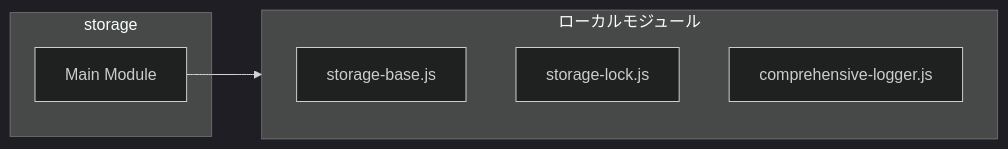
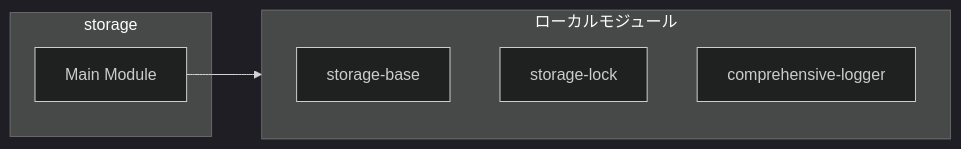
The second of 4 diagrams in ABDD/.pi/extensions/subagents/storage.md (Mekann2904/mekann), drawn with Mermaid (dark theme) before and after one commit. The commit also changed other lines of this file and 174 other files, not shown here.

First line of the commit message:
fix(docs): ABDDのMermaid図生成エラーを修正する

````diff
--- a/ABDD/.pi/extensions/subagents/storage.md
+++ b/ABDD/.pi/extensions/subagents/storage.md
@@ -76,12 +76,12 @@
 ```mermaid
 flowchart LR
   subgraph this[storage]
     main[Main Module]
   end
   subgraph local[ローカルモジュール]
-    storage_base_js["storage-base.js"]
-    storage_lock_js["storage-lock.js"]
-    comprehensive_logger_js["comprehensive-logger.js"]
+    storage_base["storage-base"]
+    storage_lock["storage-lock"]
+    comprehensive_logger["comprehensive-logger"]
   end
   main --> local
 ```
````
